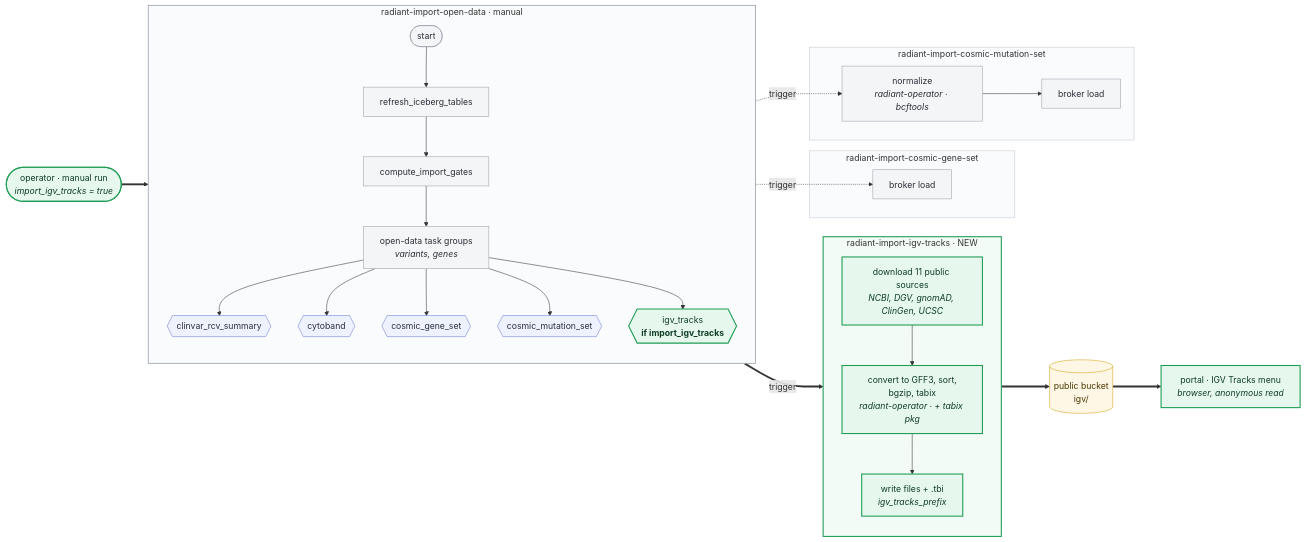
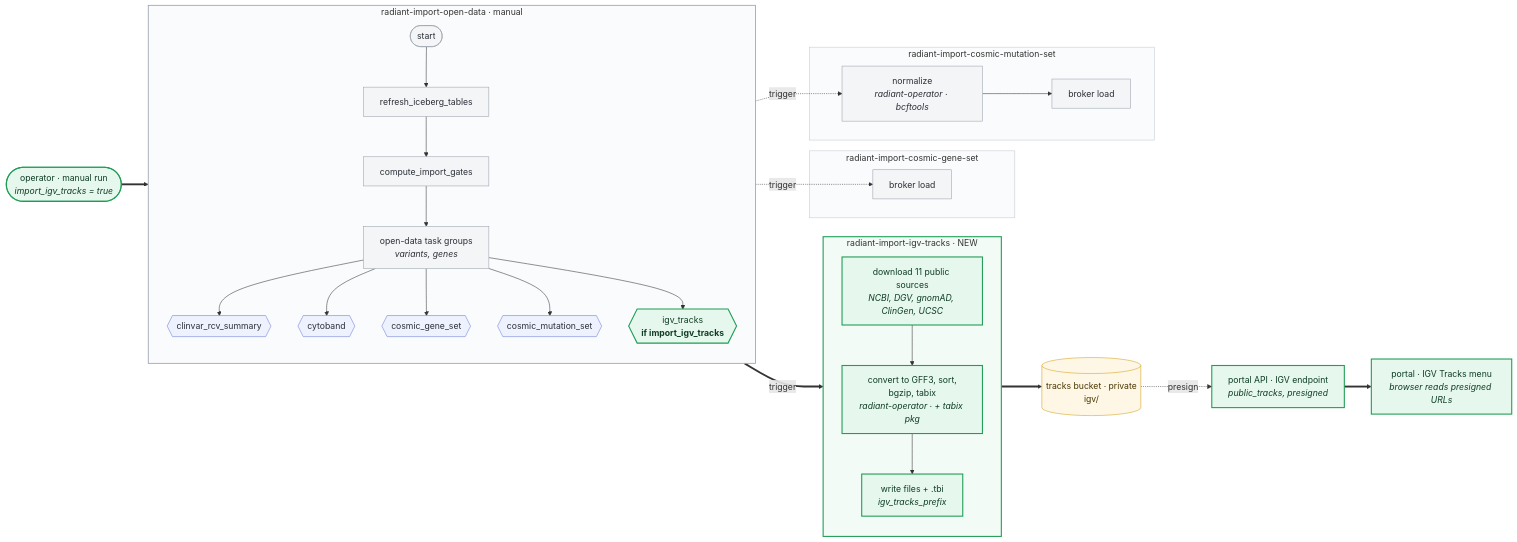
Before and after one commit to radiant-network/radiant-hub: the diagram in docs/features/RAD-30-igv-cnv-tracks.md, drawn with Mermaid. The commit also changed other lines of this file, not shown here.

Commit message:
feat: rad-30 update section how to get public tracks

````diff
--- a/docs/features/RAD-30-igv-cnv-tracks.md
+++ b/docs/features/RAD-30-igv-cnv-tracks.md
@@ -255,55 +274,57 @@
 ```mermaid
 flowchart LR
   OPS(["operator · manual run<br/><i>import_igv_tracks = true</i>"])
 
   subgraph IOD["radiant-import-open-data · manual"]
     direction TB
     S([start]) --> T1["refresh_iceberg_tables"]
     T1 --> T2["compute_import_gates"]
     T2 --> T3["open-data task groups<br/><i>variants, genes</i>"]
     T3 --> B1{{"clinvar_rcv_summary"}}
     T3 --> B2{{"cytoband"}}
     T3 --> B3{{"cosmic_gene_set"}}
     T3 --> B4{{"cosmic_mutation_set"}}
     T3 --> B5{{"igv_tracks<br/><b>if import_igv_tracks</b>"}}
   end
 
   subgraph CGS["radiant-import-cosmic-gene-set"]
     C1["broker load"]
   end
 
   subgraph CMS["radiant-import-cosmic-mutation-set"]
     M1["normalize<br/><i>radiant-operator · bcftools</i>"] --> M2["broker load"]
   end
 
   subgraph IGV["radiant-import-igv-tracks · NEW"]
     direction TB
     I1["download 11 public sources<br/><i>NCBI, DGV, gnomAD, ClinGen, UCSC</i>"]
     I1 --> I2["convert to GFF3, sort,<br/>bgzip, tabix<br/><i>radiant-operator · + tabix pkg</i>"]
     I2 --> I3["write files + .tbi<br/><i>igv_tracks_prefix</i>"]
   end
 
-  BUCKET[("public bucket<br/>igv/")]
-  UI["portal · IGV Tracks menu<br/><i>browser, anonymous read</i>"]
+  BUCKET[("tracks bucket · private<br/>igv/")]
+  API["portal API · IGV endpoint<br/><i>public_tracks, presigned</i>"]
+  UI["portal · IGV Tracks menu<br/><i>browser reads presigned URLs</i>"]
 
   OPS ==> S
   B3 -. trigger .-> C1
   B4 -. trigger .-> M1
   B5 == trigger ==> I1
   I3 ==> BUCKET
-  BUCKET ==> UI
+  BUCKET -. presign .-> API
+  API ==> UI
 
   classDef existing fill:#f4f5f7,stroke:#9aa1ab,color:#2b2f36
   classDef branch fill:#eef2ff,stroke:#6b7bd6,color:#2b2f36
   classDef new fill:#e6f7ee,stroke:#1f9d55,stroke-width:2px,color:#0f3d24
   classDef store fill:#fff7e6,stroke:#d4a017,color:#4a3700
 
   class S,T1,T2,T3,C1,M1,M2 existing
   class B1,B2,B3,B4 branch
-  class OPS,B5,I1,I2,I3,UI new
+  class OPS,B5,I1,I2,I3,API,UI new
   class BUCKET store
   style IGV fill:#f3fbf6,stroke:#1f9d55,stroke-width:2px
   style IOD fill:#fafbfc,stroke:#9aa1ab,stroke-width:1.5px
   style CGS fill:#fafbfc,stroke:#c3c8cf
   style CMS fill:#fafbfc,stroke:#c3c8cf
 ```
````
